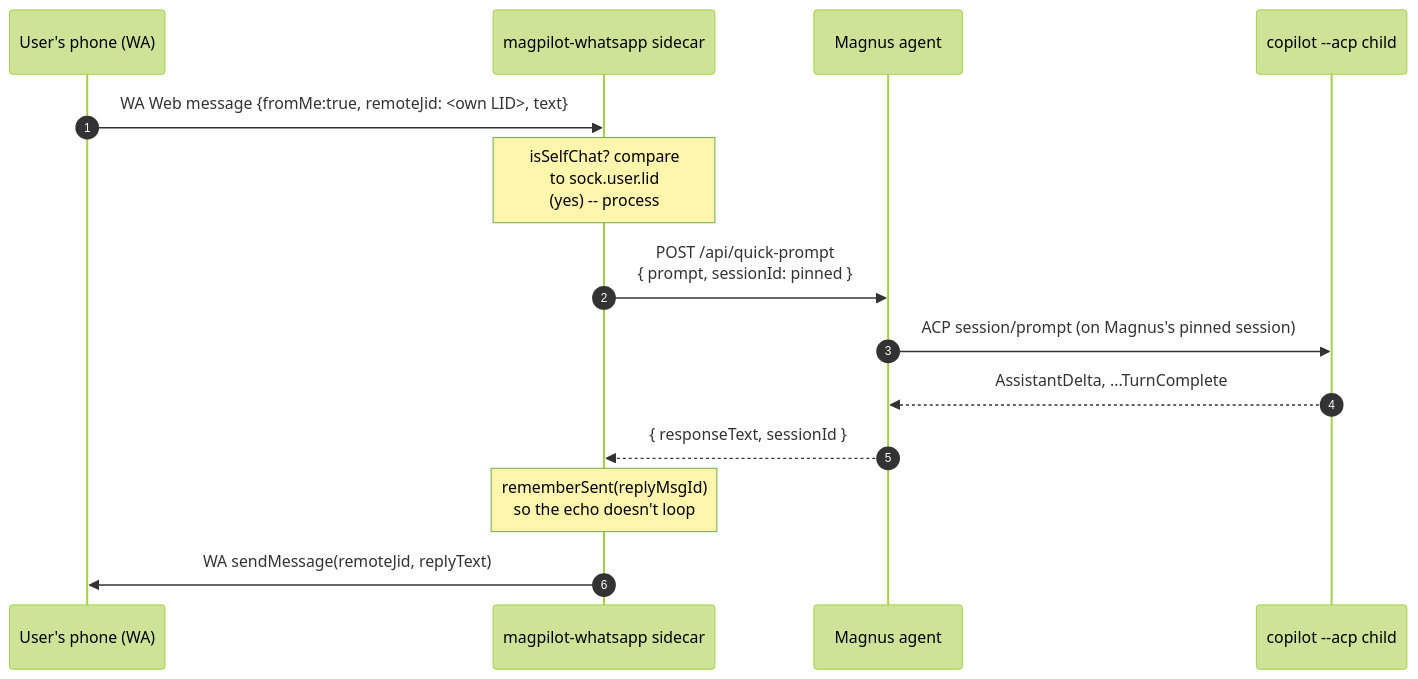
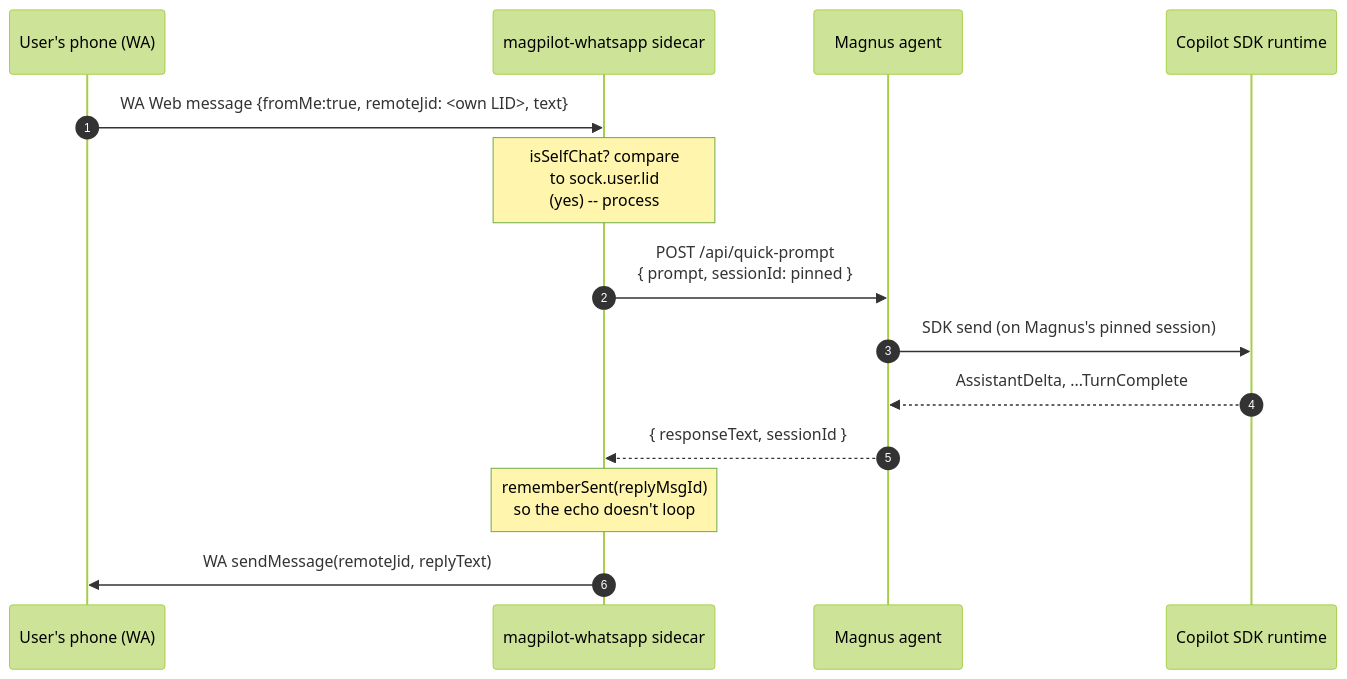
The second of 3 diagrams in docs/architecture.md (chsienki/magpilot), drawn with Mermaid (forest theme) before and after one commit. The commit also changed other lines of this file and 60 other files, not shown here.

First line of the commit message:
Retire ACP and use the Copilot SDK exclusively

````diff
--- a/docs/architecture.md
+++ b/docs/architecture.md
@@ -703,17 +625,17 @@
 ```mermaid
 sequenceDiagram
     autonumber
     participant U as User's phone (WA)
     participant W as magpilot-whatsapp sidecar
     participant A as Magnus agent
-    participant C as copilot --acp child
+    participant C as Copilot SDK runtime
 
     U->>W: WA Web message {fromMe:true, remoteJid: <own LID>, text}
     Note over W: isSelfChat? compare<br/>to sock.user.lid<br/>(yes) -- process
     W->>A: POST /api/quick-prompt<br/>{ prompt, sessionId: pinned }
-    A->>C: ACP session/prompt (on Magnus's pinned session)
+    A->>C: SDK send (on Magnus's pinned session)
     C-->>A: AssistantDelta, ...TurnComplete
     A-->>W: { responseText, sessionId }
     Note over W: rememberSent(replyMsgId)<br/>so the echo doesn't loop
     W->>U: WA sendMessage(remoteJid, replyText)
 ```
````
